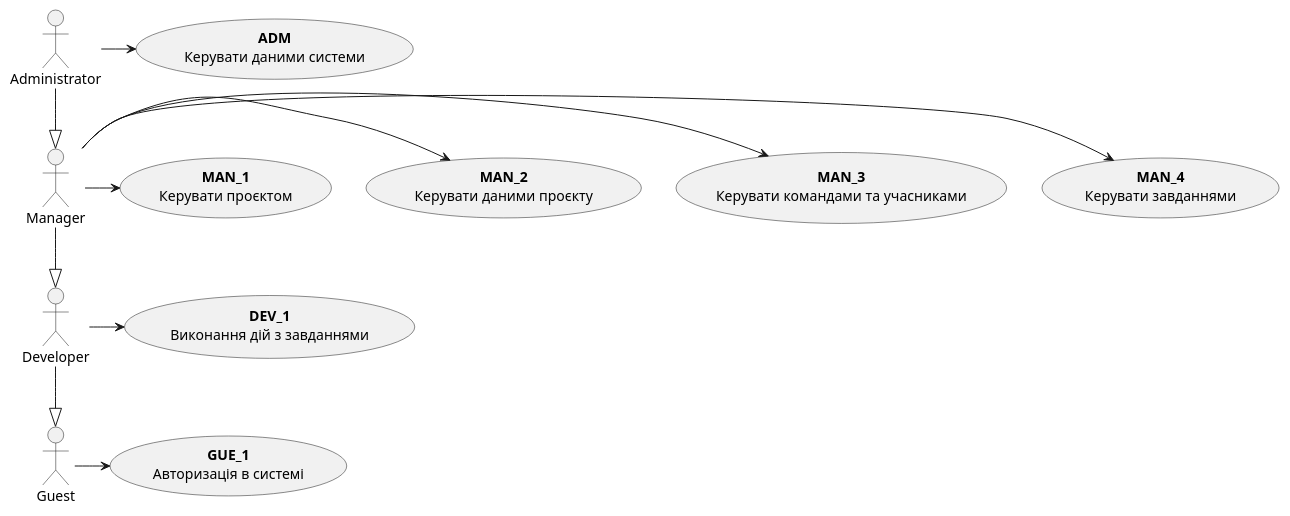
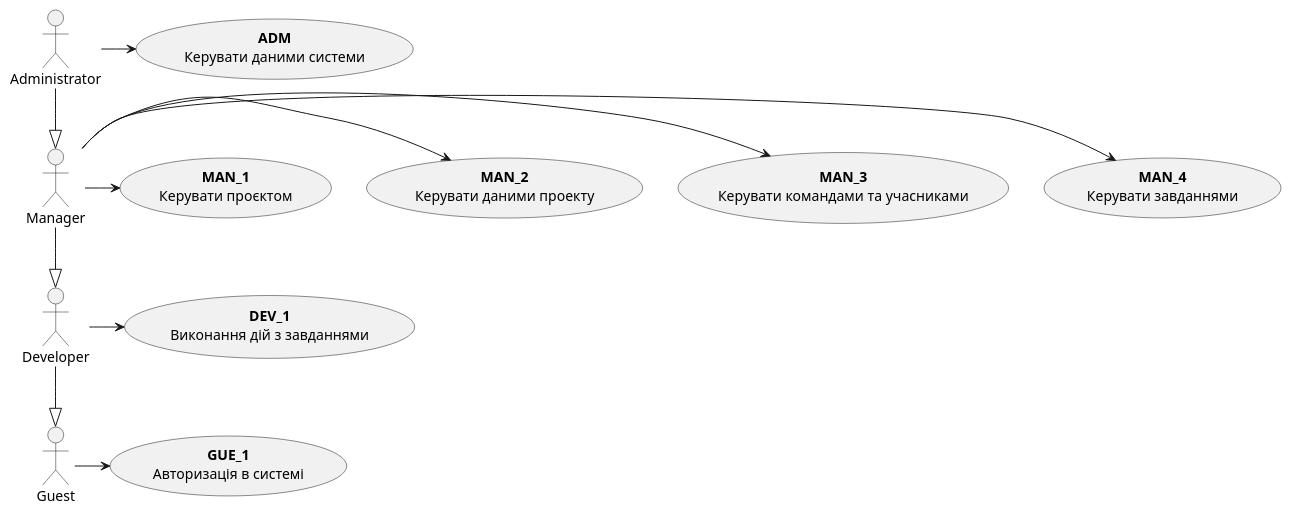
Before and after one commit to yarikkot04/Sup: the first of 23 diagrams in docs/use cases/README.md, drawn with PlantUML. The commit also changed other lines of this file and 1 other file, not shown here.

```diff
--- a/docs/use cases/README.md
+++ b/docs/use cases/README.md
@@ -15,31 +15,31 @@
 @startuml
     actor Administrator
     actor Manager         
     actor Developer
     actor Guest
 
     usecase Admin as "<b>ADM</b>\nКерувати даними системи"
 
     usecase Manage1 as "<b>MAN_1</b>\nКерувати проєктом"
-    usecase Manage2 as "<b>MAN_2</b>\nКерувати даними проєкту"
+    usecase Manage2 as "<b>MAN_2</b>\nКерувати даними проекту"
     usecase Manage3 as "<b>MAN_3</b>\nКерувати командами та учасниками"
     usecase Manage4 as "<b>MAN_4</b>\nКерувати завданнями"
 
     usecase Develope1 as "<b>DEV_1</b>\nВиконання дій з завданнями"
 
     usecase Guest1 as "<b>GUE_1</b>\nАвторизація в системі"
 
     Administrator -> Admin
 
     Manager -> Manage4
     Manager -> Manage3
     Manager -> Manage2
     Manager -> Manage1
 
     Administrator -d-|> Manager
     Manager -d-|> Developer
     Developer -d-|> Guest
 
     Developer -> Develope1
     Guest -> Guest1
 @enduml
```
